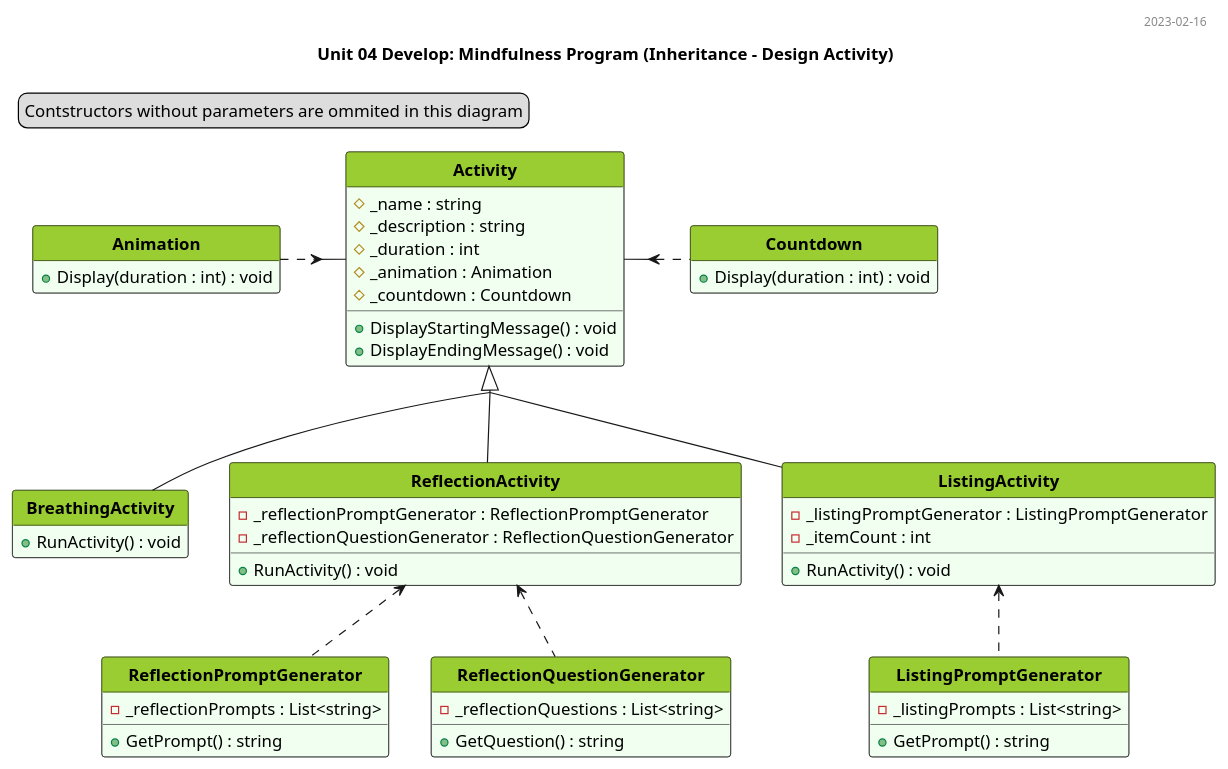
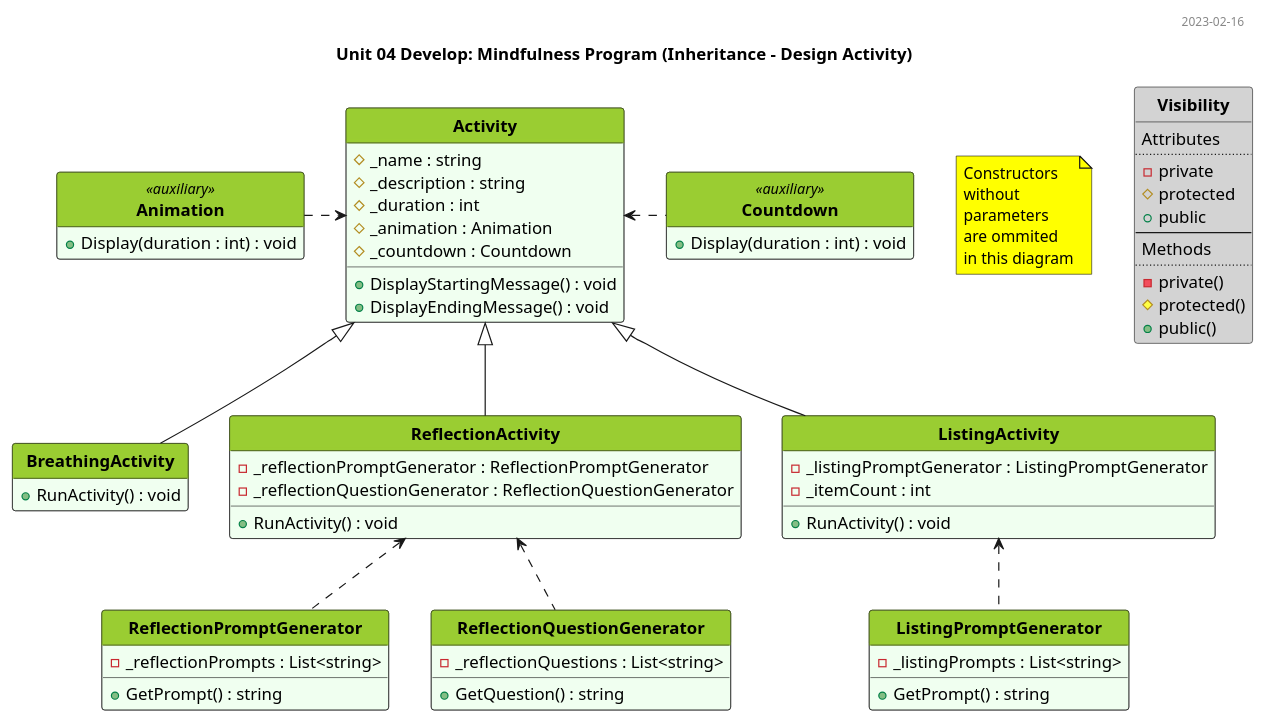
One commit to VladKaralius/cse210-projects changed the diagram in prove/Develop04/UML_diagram.pu. Above: the diagram before and after it, drawn with PlantUML.

Commit message:
Added stereotypes

```diff
--- a/prove/Develop04/UML_diagram.pu
+++ b/prove/Develop04/UML_diagram.pu
@@ -1,102 +1,118 @@
 @startuml test
 hide circle
 hide empty members
 'skinparam BackgroundColor White/LightGreen
 'skinparam classAttributeIconSize 0
 skinparam style strictuml
-skinparam groupInheritance 2
+'skinparam groupInheritance 2
 'skinparam linetype ortho
 'skinparam linetype polyline
-'skinparam Nodesep 40
+'skinparam Nodesep 15
 'skinparam Ranksep 25
 'left to right direction
 <style>
 classDiagram {
   class {
     '-attributes and methods-
     'FontSize 14
     'FontColor black
     'BackgroundColor #fefece
     BackgroundColor #f0fff0
     'RoundCorner 0
     '-class name-
     header {
       'FontSize 12
       'FontColor Black
       FontStyle bold
       BackgroundColor YellowGreen
     }
   }
   note {
     BackgroundColor Yellow
   }
 }
 </style>
 
 header 2023-02-16
 title Unit 04 Develop: Mindfulness Program (Inheritance - Design Activity)
 
-legend top left
-  Contstructors without parameters are ommited in this diagram
-endlegend
+'legend top left
+'  Constructors without parameters are ommited in this diagram
+'endlegend
 
+note "Constructors\nwithout\nparameters\nare ommited\nin this diagram" as N1
+
+' Dummy class that explains visibility symbols
+class Visibility #LightGray{
+Attributes
+..
+- private
+# protected
++ public
+--
+Methods
+..
+- private()
+# protected()
++ public()
+}
 
 class Activity {
   # _name : string
   # _description : string
   # _duration : int
   # _animation : Animation
   # _countdown : Countdown
   + DisplayStartingMessage() : void
   + DisplayEndingMessage() : void
 }
 
 class BreathingActivity {
   + RunActivity() : void
 }
 
 class ReflectionActivity {
   - _reflectionPromptGenerator : ReflectionPromptGenerator
   - _reflectionQuestionGenerator : ReflectionQuestionGenerator
   + RunActivity() : void
 }
 
 class ListingActivity {
   - _listingPromptGenerator : ListingPromptGenerator
   - _itemCount : int
   + RunActivity() : void
 }
 
 class ReflectionPromptGenerator {
   - _reflectionPrompts : List<string>
   + GetPrompt() : string
 }
 
 class ReflectionQuestionGenerator {
   - _reflectionQuestions : List<string>
   + GetQuestion() : string
 }
 
 class ListingPromptGenerator {
   - _listingPrompts : List<string>
   + GetPrompt() : string
 }
 
-class Animation {
+class Animation <<auxiliary>> {
   + Display(duration : int) : void
 }
 
-class Countdown {
+class Countdown <<auxiliary>> {
   + Display(duration : int) : void
 }
 
 Activity <|-- BreathingActivity
 Activity <|-- ReflectionActivity
 Activity <|-- ListingActivity
 ReflectionActivity <.. ReflectionPromptGenerator
 ReflectionActivity <.. ReflectionQuestionGenerator
 ListingActivity <.. ListingPromptGenerator
 Activity <.left. Animation
 Activity <.right. Countdown
 
 @enduml
```
